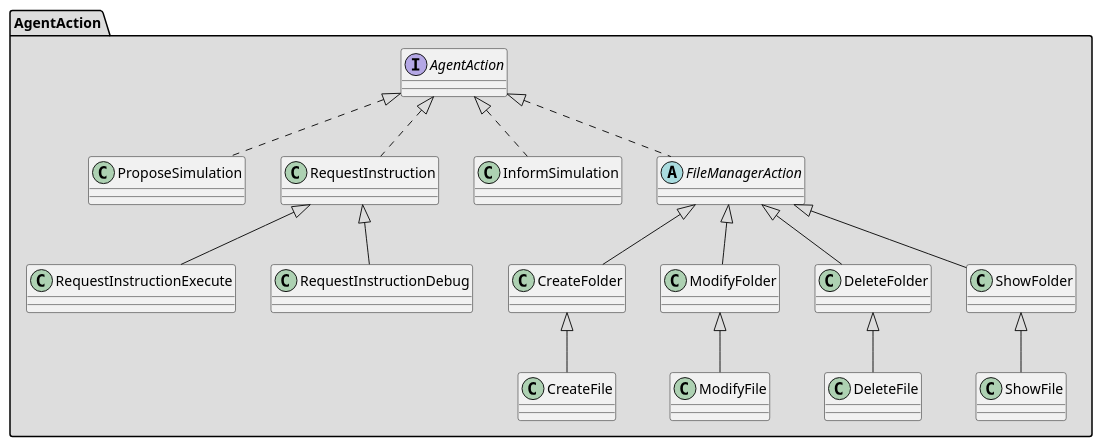
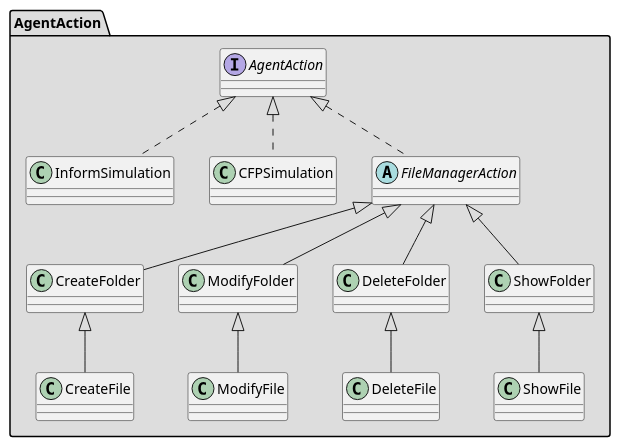
Before and after one commit to nonodev96/THUMDER-ontology: the diagram in assets/VocabularyAgentAction.puml, drawn with PlantUML. The commit also changed 44 other files, not shown here.

Commit message:
modify and add new UML diagrams add controllers (AchieveREInitiator, AchieveREResponder, ContractNetInitiator, ContractNetResponder, ProposeInitiator, ProposeResponder) add object to encapsulate the messages (Action) add Match methods to MessageTemplate refactor package add new tests

```diff
--- a/assets/VocabularyAgentAction.puml
+++ b/assets/VocabularyAgentAction.puml
@@ -1,42 +1,39 @@
 @startuml{README_AgentAction.png}
 '!include config.skinparam
 'https://plantuml.com/class-diagram
 
 /'
 Concept: Elementos que representan la información necesaria para representar los diferentes tipos de comunicación de la ontología.
 AgentAction: Elementos que representas los eventos a los que responden los agentes para completar la comunicación de la ontología.
 Predicate: Elementos que representan las respuestas a los eventos para completar la comunicación de la ontología.
 '/
 
 package "AgentAction" #DDDDDD {
     interface AgentAction
     '  class AuthenticationRequest
     '  abstract class Request  extends AuthenticationRequest implements AgentAction
     '  class MakeFolderRequest implements AgentAction
     '  class MakeFileRequest extends MakeFolderRequest
     '  class ModifyFolderRequest implements AgentAction
     '  class ModifyFileRequest extends ModifyFolderRequest
     '  class DeleteFolderRequest implements AgentAction
     '  class DeleteFileRequest extends DeleteFolderRequest
     '  class TreeFileManagerRequest implements AgentAction
     '  class InstructionRequest implements AgentAction
     '  class StatusMachineRequest implements AgentAction
 
-    class ProposeSimulation implements AgentAction
-    class RequestInstruction implements AgentAction
-    class RequestInstructionExecute extends RequestInstruction
-    class RequestInstructionDebug extends RequestInstruction
     class InformSimulation implements AgentAction
+    class CFPSimulation implements AgentAction
 
     abstract class FileManagerAction implements AgentAction
     class CreateFolder extends FileManagerAction
     class CreateFile extends CreateFolder
     class ModifyFolder extends FileManagerAction
     class ModifyFile extends ModifyFolder
     class DeleteFolder extends FileManagerAction
     class DeleteFile extends DeleteFolder
     class ShowFolder extends FileManagerAction
     class ShowFile extends ShowFolder
 }
 
 @enduml
```
